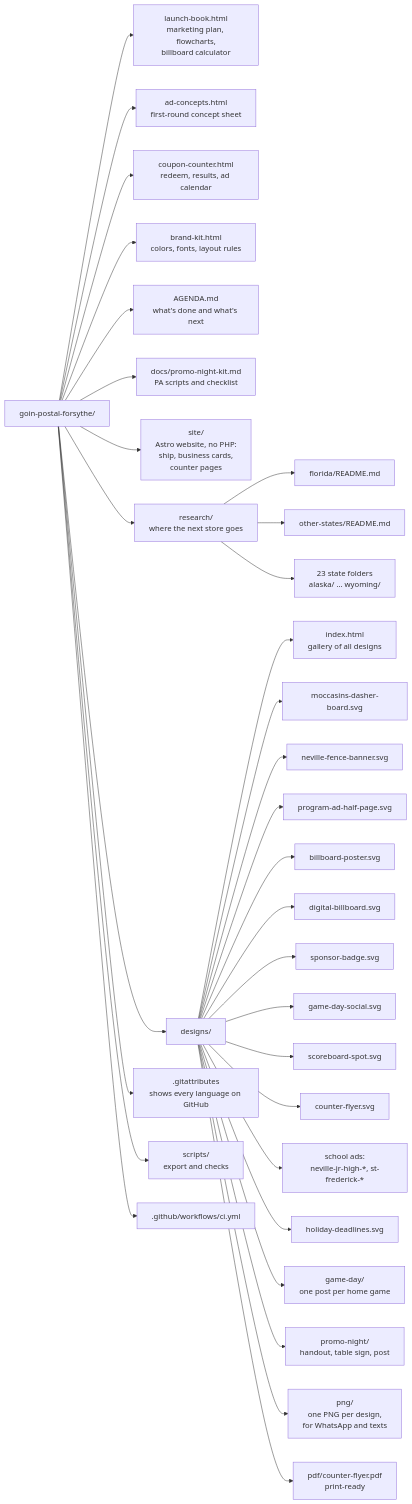
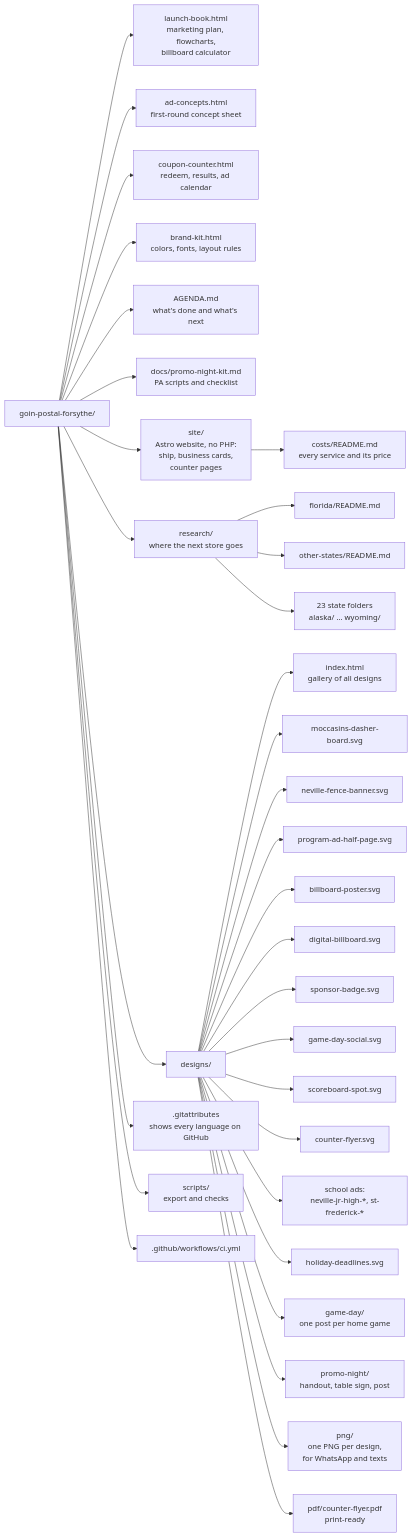
One commit to wbp318/goin-postal-forsythe changed diagram 14 of 28 in README.md. Above: the diagram before and after it, drawn with Mermaid. The commit also changed other lines of this file and 3 other files, not shown here.

Commit message:
Costs: every service and its price in site/costs, CI scans site/ charts

````diff
--- a/README.md
+++ b/README.md
@@ -797,34 +799,35 @@
 ```mermaid
 flowchart LR
   R["goin-postal-forsythe/"] --> A["launch-book.html<br/>marketing plan, flowcharts,<br/>billboard calculator"]
   R --> B["ad-concepts.html<br/>first-round concept sheet"]
   R --> CC["coupon-counter.html<br/>redeem, results, ad calendar"]
   R --> BK["brand-kit.html<br/>colors, fonts, layout rules"]
   R --> AG["AGENDA.md<br/>what's done and what's next"]
   R --> DOC["docs/promo-night-kit.md<br/>PA scripts and checklist"]
   R --> ST["site/<br/>Astro website, no PHP:<br/>ship, business cards,<br/>counter pages"]
+  ST --> STC["costs/README.md<br/>every service and its price"]
   R --> RS["research/<br/>where the next store goes"]
   RS --> RS1["florida/README.md"]
   RS --> RS2["other-states/README.md"]
   RS --> RS3["23 state folders<br/>alaska/ ... wyoming/"]
   R --> D["designs/"]
   R --> G[".gitattributes<br/>shows every language on GitHub"]
   D --> D0["index.html<br/>gallery of all designs"]
   D --> D1["moccasins-dasher-board.svg"]
   D --> D2["neville-fence-banner.svg"]
   D --> D3["program-ad-half-page.svg"]
   D --> D4["billboard-poster.svg"]
   D --> D5["digital-billboard.svg"]
   D --> D6["sponsor-badge.svg"]
   D --> D7["game-day-social.svg"]
   D --> D8["scoreboard-spot.svg"]
   D --> D9["counter-flyer.svg"]
   D --> D10["school ads:<br/>neville-jr-high-*, st-frederick-*"]
   D --> D11["holiday-deadlines.svg"]
   D --> GD["game-day/<br/>one post per home game"]
   D --> PN["promo-night/<br/>handout, table sign, post"]
   D --> P["png/<br/>one PNG per design,<br/>for WhatsApp and texts"]
   D --> F["pdf/counter-flyer.pdf<br/>print-ready"]
   R --> S["scripts/<br/>export and checks"]
   R --> W[".github/workflows/ci.yml"]
 ```
````
